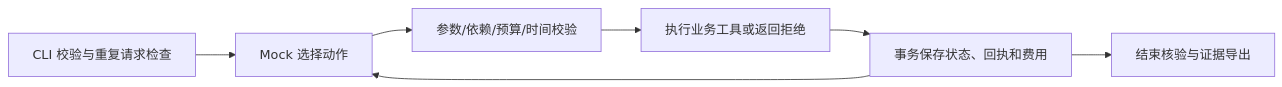
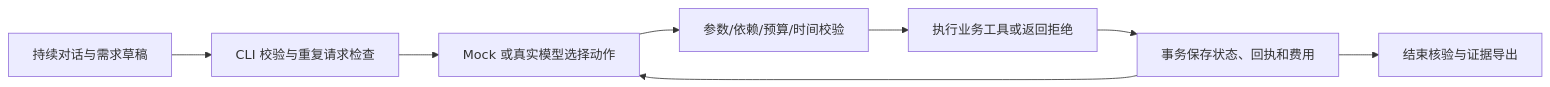
One commit to Myao551/content-planning-agent changed the diagram in docs/02-solution.md. Above: the diagram before and after it, drawn with Mermaid. The commit also changed other lines of this file and 10 other files, not shown here.

````diff
--- a/docs/02-solution.md
+++ b/docs/02-solution.md
@@ -7,9 +7,10 @@
 ```mermaid
 flowchart LR
-    A[CLI 校验与重复请求检查] --> B[Mock 选择动作]
+    H[持续对话与需求草稿] --> A[CLI 校验与重复请求检查]
+    A --> B[Mock 或真实模型选择动作]
     B --> C[参数/依赖/预算/时间校验]
     C --> D[执行业务工具或返回拒绝]
     D --> E[事务保存状态、回执和费用]
     E --> B
     E --> F[结束核验与证据导出]
 ```
````
